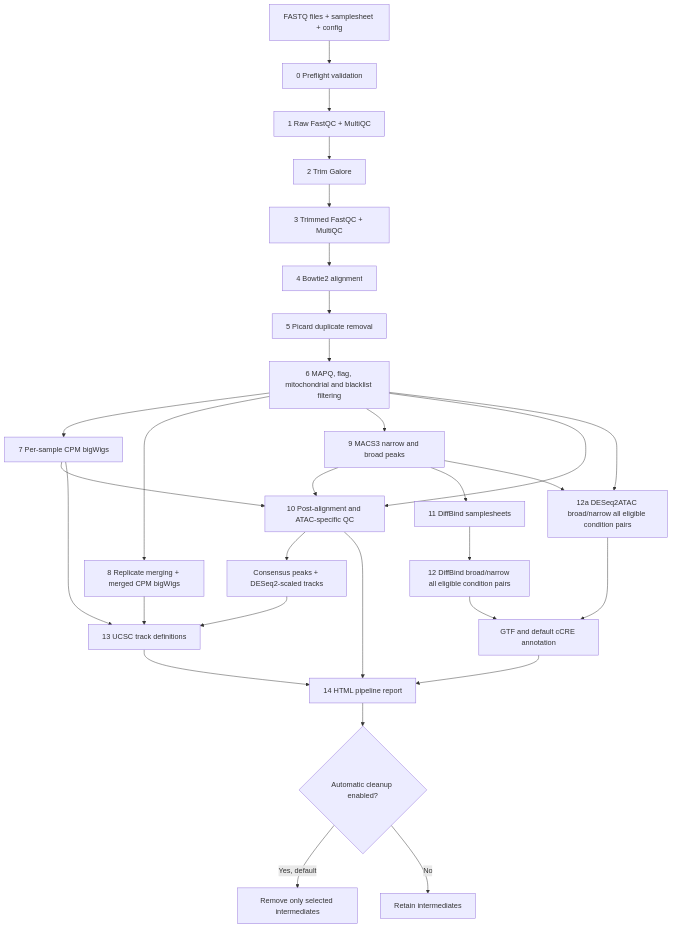
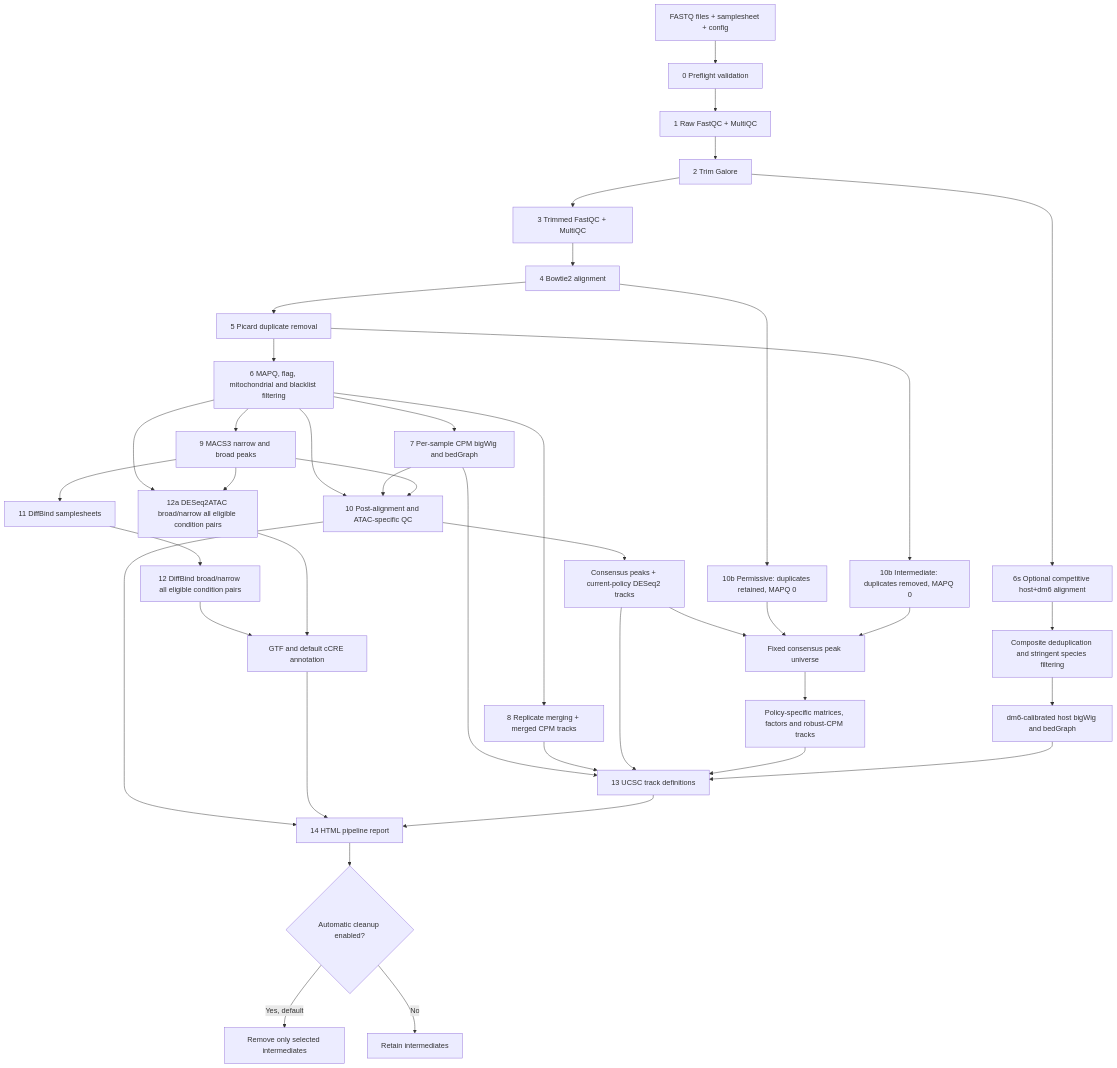
Before and after one commit to MichalGd/ATACseq2tracks: the diagram in README.md, drawn with Mermaid. The commit also changed other lines of this file and 60 other files, not shown here.

````diff
--- a/README.md
+++ b/README.md
@@ -35,35 +36,46 @@
 ```mermaid
 flowchart TD
     A[FASTQ files + samplesheet + config] --> B[0 Preflight validation]
     B --> C[1 Raw FastQC + MultiQC]
     C --> D[2 Trim Galore]
     D --> E[3 Trimmed FastQC + MultiQC]
     E --> F[4 Bowtie2 alignment]
     F --> G[5 Picard duplicate removal]
     G --> H[6 MAPQ, flag, mitochondrial and blacklist filtering]
+    D --> SA[6s Optional competitive host+dm6 alignment]
+    SA --> SB[Composite deduplication and stringent species filtering]
+    SB --> SC[dm6-calibrated host bigWig and bedGraph]
 
-    H --> I[7 Per-sample CPM bigWigs]
-    H --> J[8 Replicate merging + merged CPM bigWigs]
+    H --> I[7 Per-sample CPM bigWig and bedGraph]
+    H --> J[8 Replicate merging + merged CPM tracks]
     H --> K[9 MACS3 narrow and broad peaks]
     H --> L[10 Post-alignment and ATAC-specific QC]
     I --> L
     K --> L
-    L --> M[Consensus peaks + DESeq2-scaled tracks]
+    L --> M[Consensus peaks + current-policy DESeq2 tracks]
+    F --> W[10b Permissive: duplicates retained, MAPQ 0]
+    G --> X[10b Intermediate: duplicates removed, MAPQ 0]
+    M --> Y[Fixed consensus peak universe]
+    W --> Y
+    X --> Y
+    Y --> Z[Policy-specific matrices, factors and robust-CPM tracks]
 
     K --> N[11 DiffBind samplesheets]
     N --> O[12 DiffBind broad/narrow all eligible condition pairs]
     H --> P[12a DESeq2ATAC broad/narrow all eligible condition pairs]
     K --> P
     O --> V[GTF and default cCRE annotation]
     P --> V
 
     I --> Q[13 UCSC track definitions]
     J --> Q
     M --> Q
+    Z --> Q
+    SC --> Q
     L --> R[14 HTML pipeline report]
     V --> R
     Q --> R
     R --> S{Automatic cleanup enabled?}
     S -->|Yes, default| U[Remove only selected intermediates]
     S -->|No| T[Retain intermediates]
 ```
````
